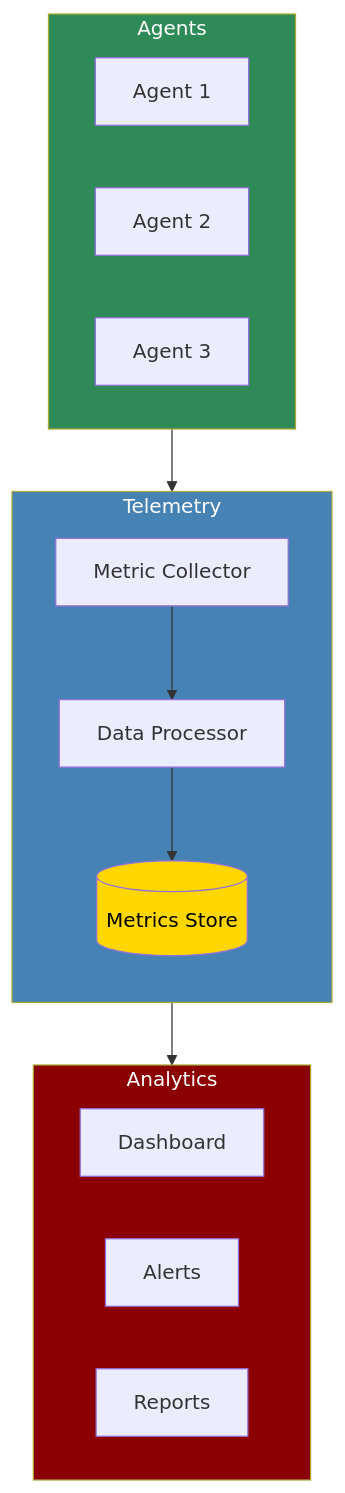
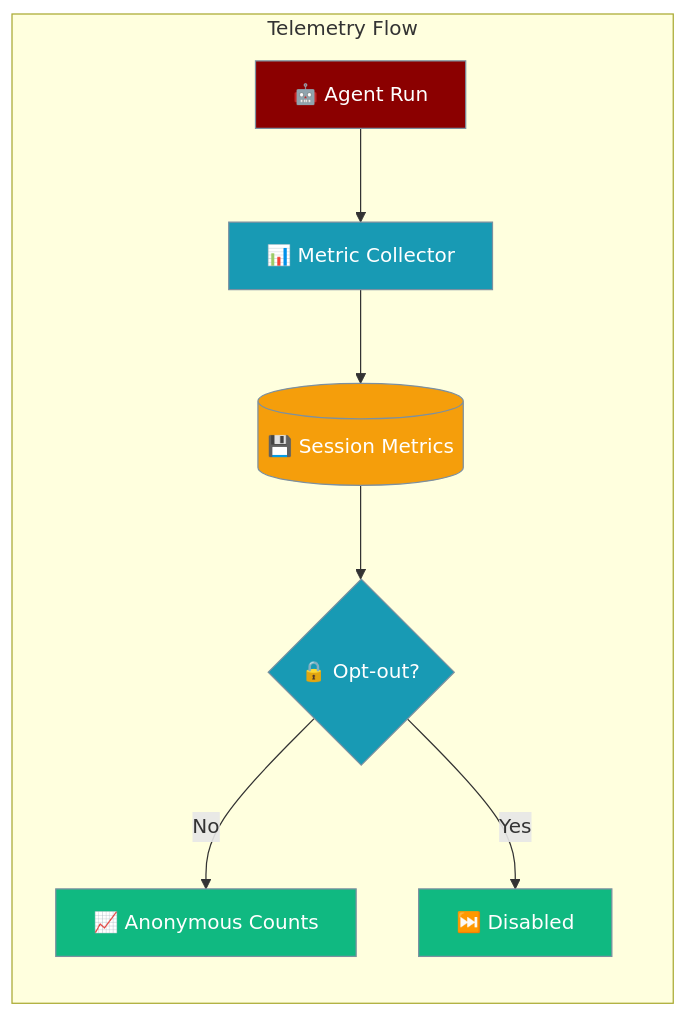
Before and after one commit to MervinPraison/PraisonAIDocs: the diagram in docs/features/telemetry.mdx, drawn with Mermaid. The commit also changed other lines of this file and 4 other files, not shown here.

````diff
--- a/docs/features/telemetry.mdx
+++ b/docs/features/telemetry.mdx
@@ -7,32 +17,21 @@
 ```mermaid
-flowchart TB
-    subgraph Agents
-        A1[Agent 1]
-        A2[Agent 2]
-        A3[Agent 3]
+graph LR
+    subgraph "Telemetry Flow"
+        Agent[🤖 Agent Run] --> Collector[📊 Metric Collector]
+        Collector --> Store[(💾 Session Metrics)]
+        Store --> OptOut{🔒 Opt-out?}
+        OptOut -->|No| Count[📈 Anonymous Counts]
+        OptOut -->|Yes| Skip[⏭️ Disabled]
     end
 
-    subgraph Telemetry
-        direction TB
-        Collector[Metric Collector]
-        Processor[Data Processor]
-        Storage[(Metrics Store)]
-    end
+    classDef agent fill:#8B0000,stroke:#7C90A0,color:#fff
+    classDef tool fill:#189AB4,stroke:#7C90A0,color:#fff
+    classDef store fill:#F59E0B,stroke:#7C90A0,color:#fff
+    classDef result fill:#10B981,stroke:#7C90A0,color:#fff
 
-    subgraph Analytics
-        direction LR
-        Dashboard[Dashboard]
-        Alerts[Alerts]
-        Reports[Reports]
-    end
-
-    Agents --> Collector
-    Collector --> Processor
-    Processor --> Storage
-    Storage --> Analytics
-
-    style Agents fill:#2E8B57,color:#fff
-    style Telemetry fill:#4682B4,color:#fff
-    style Analytics fill:#8B0000,color:#fff
-    style Storage fill:#FFD700,color:#000
+    class Agent agent
+    class Collector tool
+    class Store store
+    class Count,Skip result
+    class OptOut tool
 ```
````
